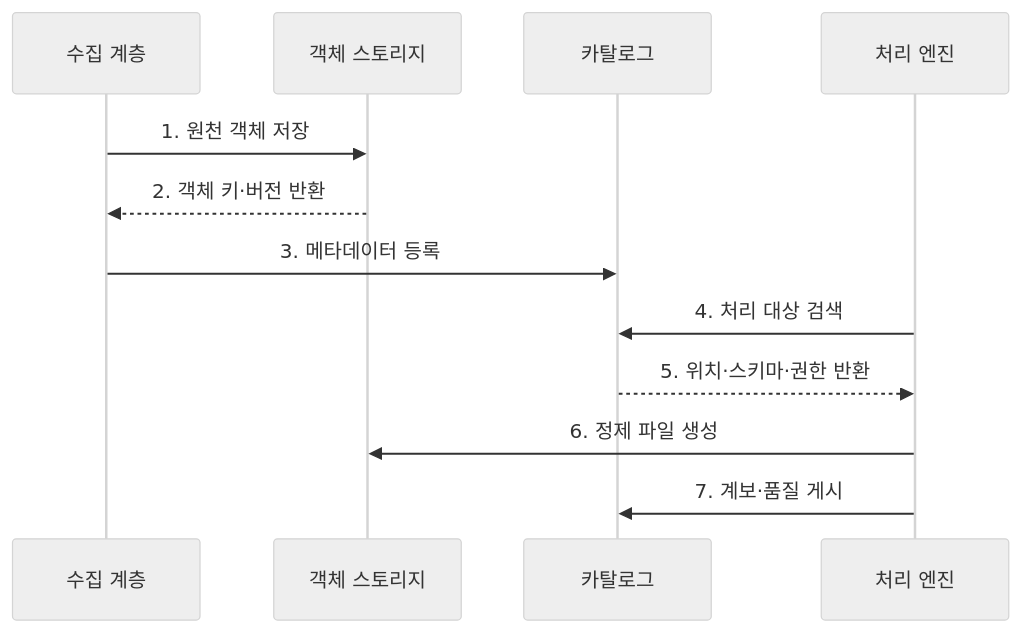
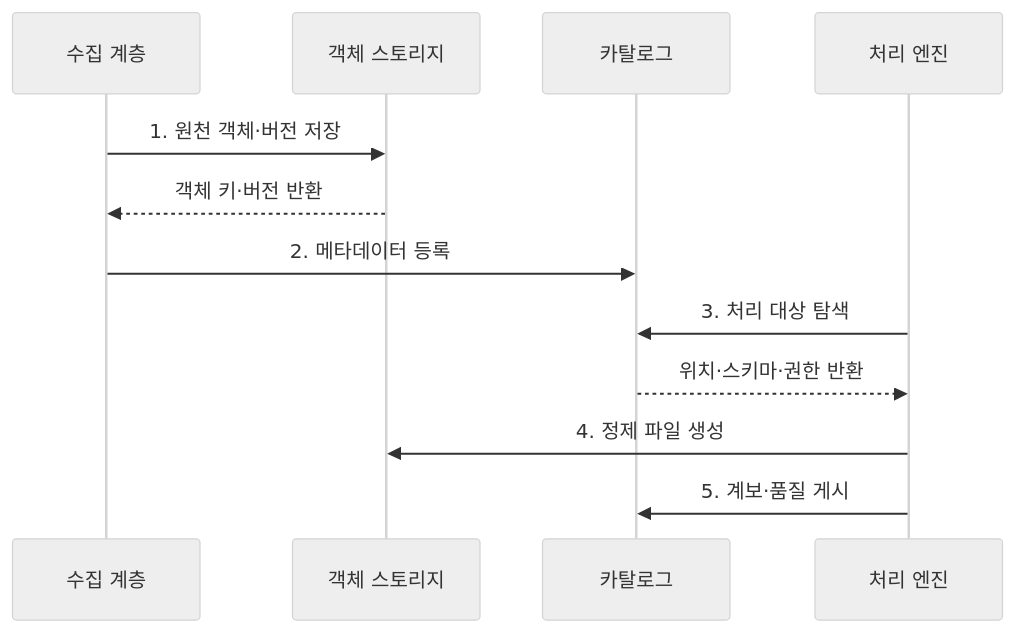
Before and after one commit to agnusdei1207/knowledge-base: the second of 2 diagrams in src/content/docs/notes/03-software/125_data_lake.md, drawn with Mermaid (neutral theme). The commit also changed other lines of this file and 238 other files, not shown here.

````diff
--- a/src/content/docs/notes/03-software/125_data_lake.md
+++ b/src/content/docs/notes/03-software/125_data_lake.md
@@ -81,14 +81,14 @@
 ```mermaid
 sequenceDiagram
     participant I as 수집 계층
     participant O as 객체 스토리지
     participant C as 카탈로그
     participant P as 처리 엔진
-    I->>O: 1. 원천 객체 저장
-    O-->>I: 2. 객체 키·버전 반환
-    I->>C: 3. 메타데이터 등록
-    P->>C: 4. 처리 대상 검색
-    C-->>P: 5. 위치·스키마·권한 반환
-    P->>O: 6. 정제 파일 생성
-    P->>C: 7. 계보·품질 게시
+    I->>O: 1. 원천 객체·버전 저장
+    O-->>I: 객체 키·버전 반환
+    I->>C: 2. 메타데이터 등록
+    P->>C: 3. 처리 대상 탐색
+    C-->>P: 위치·스키마·권한 반환
+    P->>O: 4. 정제 파일 생성
+    P->>C: 5. 계보·품질 게시
 ```
````
